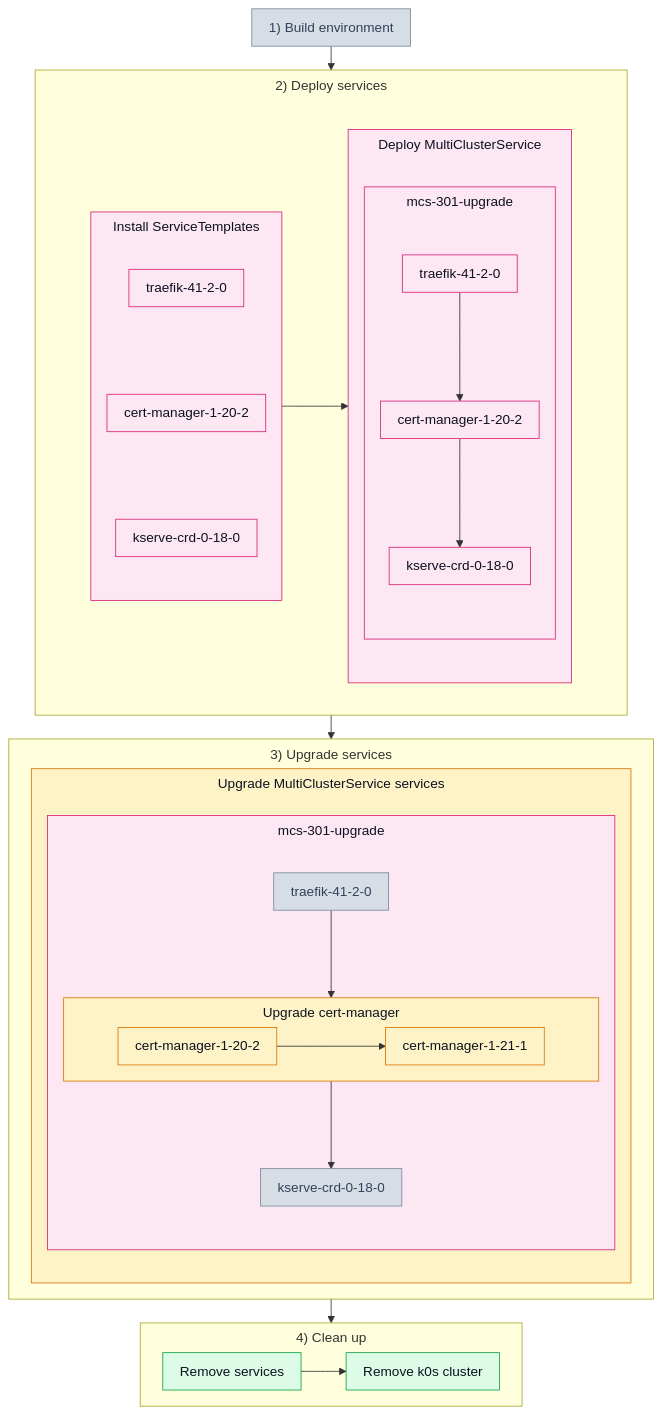
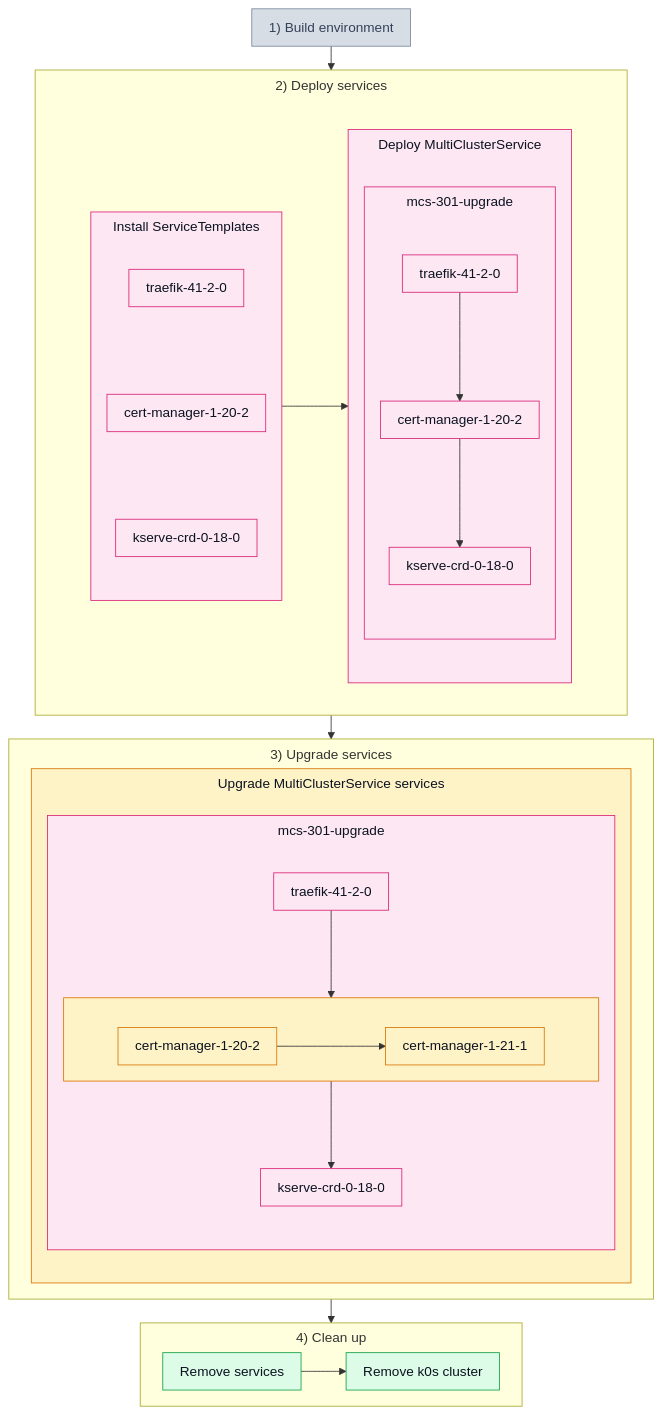
One commit to josef-hak/ksm-tests changed the diagram in test_scenarios/301_upgrade.md. Above: the diagram before and after it, drawn with Mermaid.

Commit message:
docs: pink untouched services, drop the upgrade box title

````diff
--- a/test_scenarios/301_upgrade.md
+++ b/test_scenarios/301_upgrade.md
@@ -21,62 +21,62 @@
 ```mermaid
 %%{init: {'flowchart': {'padding': 10, 'nodeSpacing': 18, 'rankSpacing': 28, 'subGraphTitleMargin': {'top': 6, 'bottom': 10}}}}%%
 flowchart TB
     P1["1) Build environment"]
 
     subgraph P2["2) Deploy services"]
         subgraph W2[" "]
             direction LR
             subgraph D1["Install ServiceTemplates"]
                 direction TB
                 T1["traefik-41-2-0"] ~~~ T2["cert-manager-1-20-2"] ~~~ T3["kserve-crd-0-18-0"]
             end
 
             subgraph D2["Deploy MultiClusterService"]
                 subgraph DM["mcs-301-upgrade"]
                     direction TB
                     M1["traefik-41-2-0"] --> M2["cert-manager-1-20-2"] --> M3["kserve-crd-0-18-0"]
                 end
             end
 
             D1 --> D2
         end
     end
 
     subgraph P3["3) Upgrade services"]
         subgraph U1["Upgrade MultiClusterService services"]
             subgraph UM["mcs-301-upgrade"]
                 direction TB
                 V1["traefik-41-2-0"] --> UC
 
                 %% Own left-to-right box, the only way to keep the two versions
                 %% on one row: an arrow between them would rank 1.21.1 lower.
                 %% Linked box to box, not node to node -- a node reaching out of
                 %% a subgraph makes mermaid drop its direction.
-                subgraph UC["Upgrade cert-manager"]
+                subgraph UC[" "]
                     direction LR
                     V2["cert-manager-1-20-2"] --> V4["cert-manager-1-21-1"]
                 end
 
                 UC --> V3["kserve-crd-0-18-0"]
             end
         end
     end
 
     subgraph P4["4) Clean up"]
         C1["Remove services"] --> C2["Remove k0s cluster"]
     end
 
     P1 --> P2 --> P3 --> P4
 
     classDef off fill:#d7dde5,stroke:#7c8a9c,color:#33415a
     classDef pink fill:#fce7f3,stroke:#db2777,color:#0b1220
     classDef amber fill:#fef3c7,stroke:#d97706,color:#0b1220
     classDef green fill:#dcfce7,stroke:#16a34a,color:#0b1220
     classDef bare fill:none,stroke:none
 
-    class P1,V1,V3 off
-    class D1,D2,DM,T1,T2,T3,M1,M2,M3,UM pink
+    class P1 off
+    class D1,D2,DM,T1,T2,T3,M1,M2,M3,UM,V1,V3 pink
     class U1,UC,V2,V4 amber
     class C1,C2 green
     class W2 bare
 ```
````
